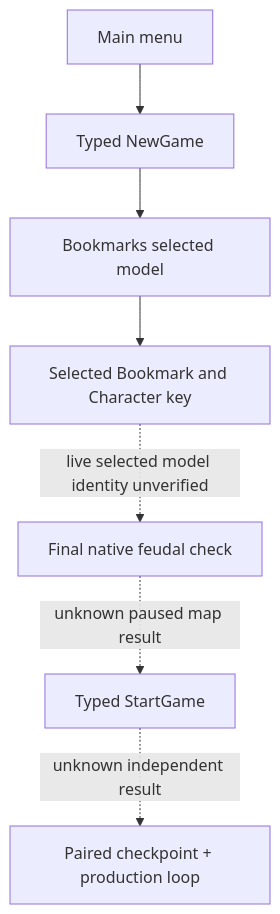
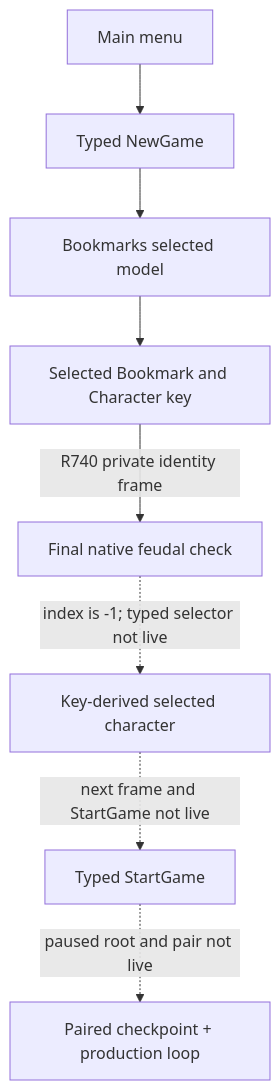
One commit to XenoAmess/ck3_eternal_recurrence changed the diagram in docs/ck3-native-ai/frontend-1066-selected-model.md. Above: the diagram before and after it, drawn with Mermaid. The commit also changed other lines of this file and 9 other files, not shown here.

Commit message:
FEUDAL-1066-START-B0 Add exact key-derived private ruler selection

````diff
--- a/docs/ck3-native-ai/frontend-1066-selected-model.md
+++ b/docs/ck3-native-ai/frontend-1066-selected-model.md
@@ -39,9 +39,10 @@
 ```mermaid
 flowchart TD
   A[Main menu] --> B[Typed NewGame]
   B --> C[Bookmarks selected model]
   C --> D[Selected Bookmark and Character key]
-  D -. live selected model identity unverified .-> E[Final native feudal check]
-  E -. unknown paused map result .-> F[Typed StartGame]
-  F -. unknown independent result .-> G[Paired checkpoint + production loop]
+  D -->|R740 private identity frame| E[Final native feudal check]
+  E -. index is -1; typed selector not live .-> F[Key-derived selected character]
+  F -. next frame and StartGame not live .-> G[Typed StartGame]
+  G -. paused root and pair not live .-> H[Paired checkpoint + production loop]
 ```
````
